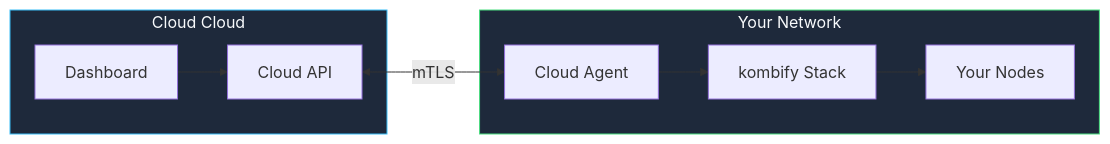
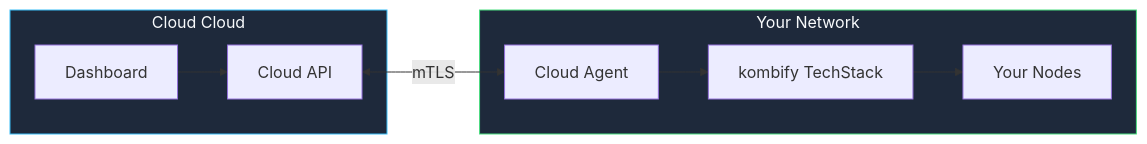
The diagram in cloud/getting-started.mdx (KombiverseLabs/docs), drawn with Mermaid before and after one commit. The commit also changed other lines of this file and 57 other files, not shown here.

````diff
--- a/cloud/getting-started.mdx
+++ b/cloud/getting-started.mdx
@@ -63,21 +63,21 @@
 ```mermaid
 graph LR
     subgraph Cloud["Cloud Cloud"]
         Dashboard["Dashboard"]
         API["Cloud API"]
     end
     
     subgraph YourNetwork["Your Network"]
         Agent["Cloud Agent"]
-        Stack["kombify Stack"]
+        Stack["kombify TechStack"]
         Nodes["Your Nodes"]
     end
     
     Dashboard --> API
     API <-->|mTLS| Agent
     Agent --> Stack
     Stack --> Nodes
     
     style Cloud fill:#1e293b,stroke:#38bdf8,color:#f8fafc
     style YourNetwork fill:#1e293b,stroke:#4ade80,color:#f8fafc
 ```
````
